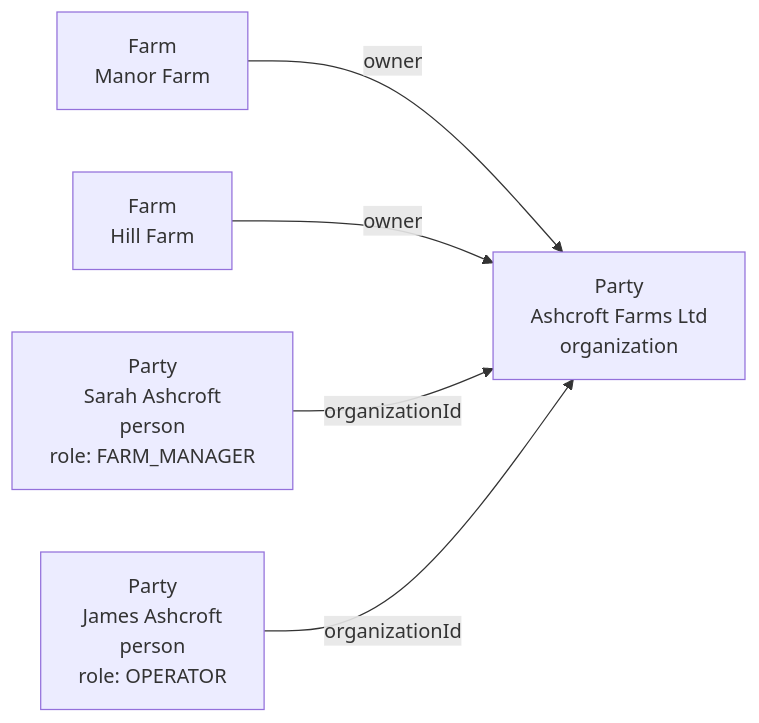
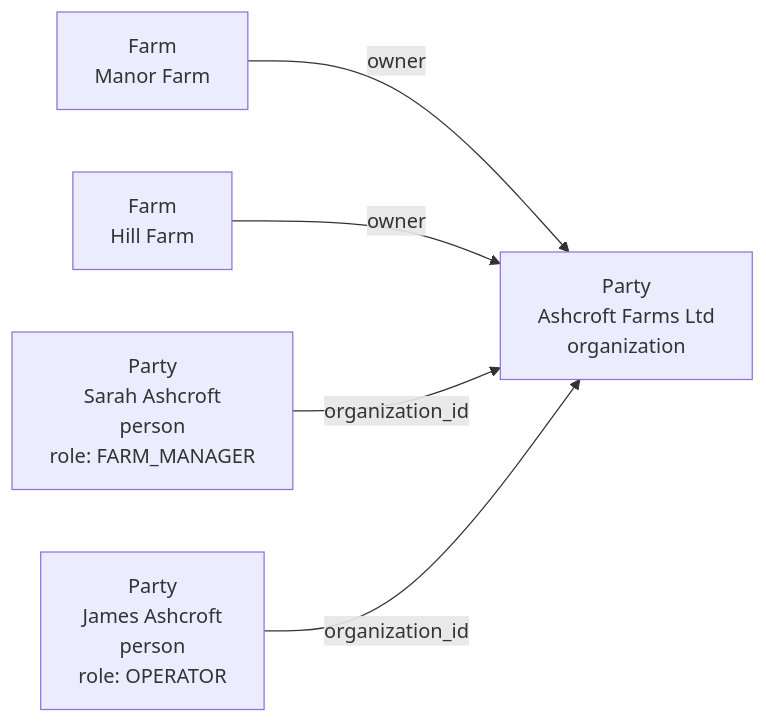
Before and after one commit to DKE-Data/masterdata-sync-working-group: the third of 6 diagrams in architecture/08-party-model.md, drawn with Mermaid. The commit also changed other lines of this file and 7 other files, not shown here.

````diff
--- a/architecture/08-party-model.md
+++ b/architecture/08-party-model.md
@@ -124,7 +124,7 @@
 ```mermaid
 flowchart LR
     F1["Farm \n Manor Farm"] -->|"owner"| O["Party \n Ashcroft Farms Ltd \n organization"]
     F2["Farm \n Hill Farm"] -->|"owner"| O
-    P1["Party \n Sarah Ashcroft \n person \n role: FARM_MANAGER"] -->|"organizationId"| O
-    P2["Party \n James Ashcroft \n person \n role: OPERATOR"] -->|"organizationId"| O
+    P1["Party \n Sarah Ashcroft \n person \n role: FARM_MANAGER"] -->|"organization_id"| O
+    P2["Party \n James Ashcroft \n person \n role: OPERATOR"] -->|"organization_id"| O
 ```
````
